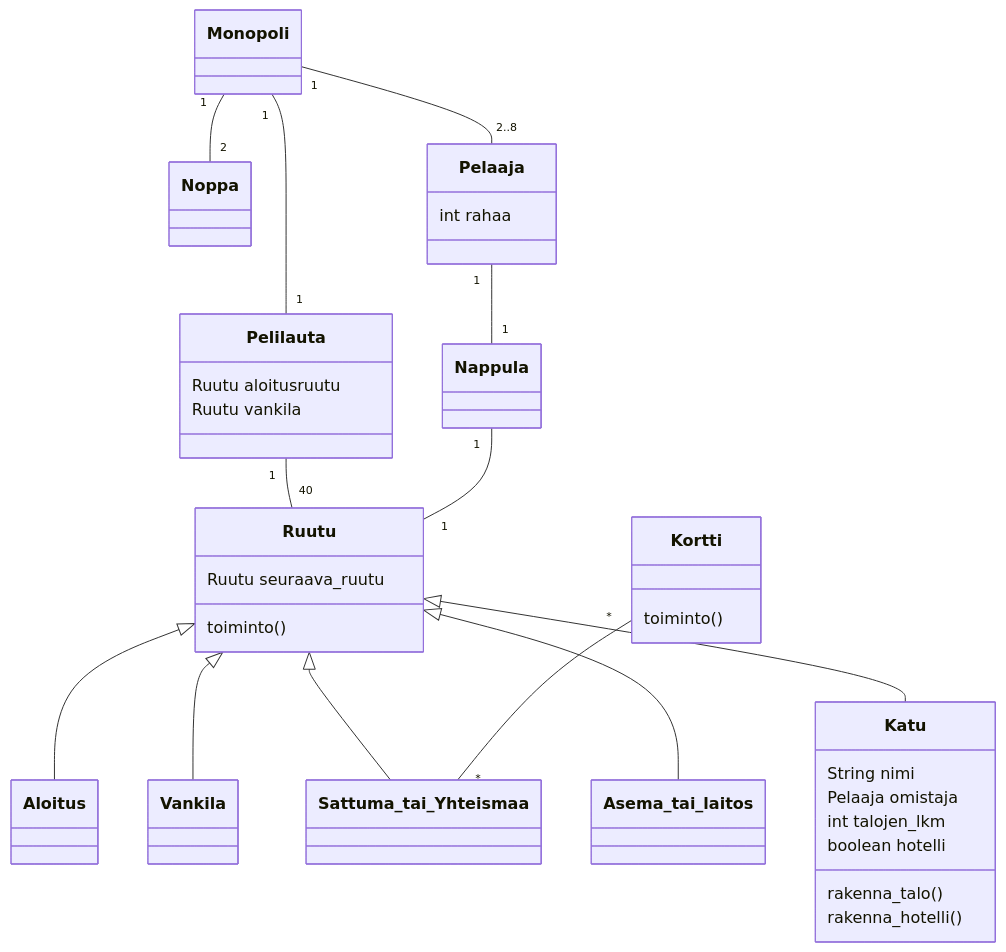
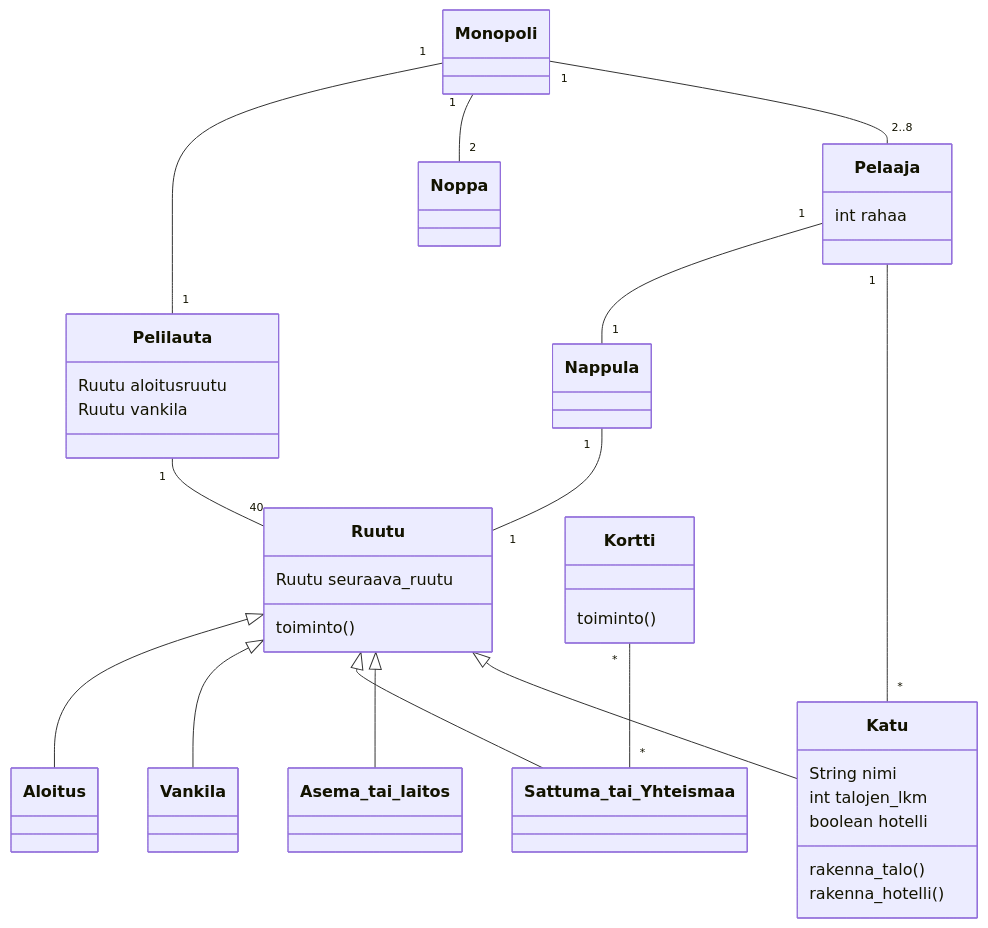
Before and after one commit to jannelem/ot-harjoitustyo-jannelem: the diagram in laskarit/viikko3/tehtava2.md, drawn with Mermaid.

````diff
--- a/laskarit/viikko3/tehtava2.md
+++ b/laskarit/viikko3/tehtava2.md
@@ -3,39 +3,39 @@
 ```mermaid
 	classDiagram
 		Monopoli "1" -- "1" Pelilauta
 		Monopoli "1" -- "2" Noppa
 		Monopoli "1" -- "2..8" Pelaaja
 		Pelaaja "1" -- "1" Nappula
 		Pelilauta "1" -- "40" Ruutu
 		Nappula "1" -- "1" Ruutu
+		Pelaaja "1" -- "*" Katu
 		Ruutu <|-- Aloitus
 		Ruutu <|-- Vankila
 		Ruutu <|-- Sattuma_tai_Yhteismaa
 		Ruutu <|-- Asema_tai_laitos
 		Ruutu <|-- Katu
 		Kortti "*" -- "*" Sattuma_tai_Yhteismaa
 		
 		class Ruutu {
 			Ruutu seuraava_ruutu
 			toiminto()
 		}
 		class Pelilauta {
 			Ruutu aloitusruutu
 			Ruutu vankila
 		}
 		class Kortti {
 			toiminto()
 		}
 		class Katu {
 			String nimi
-			Pelaaja omistaja
 			int talojen_lkm
 			boolean hotelli
 			rakenna_talo()
 			rakenna_hotelli()
 		}
 		class Pelaaja {
 			int rahaa
 		}
 		
 ```
````
